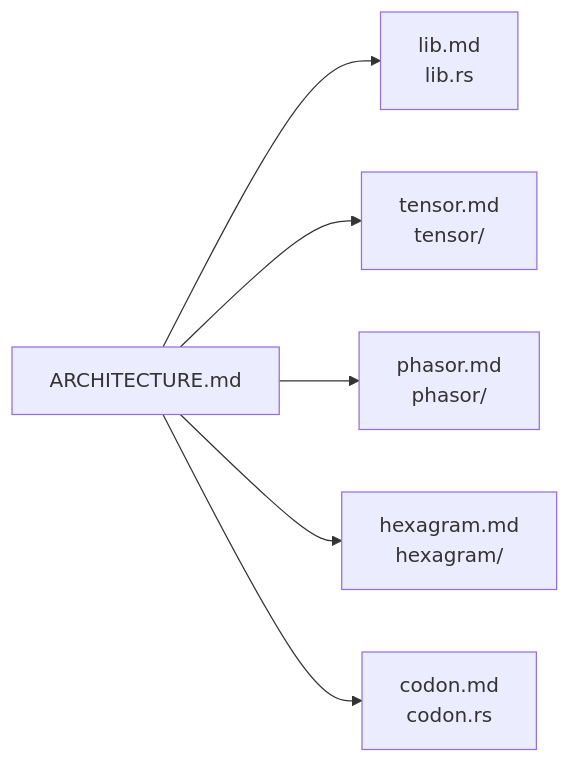
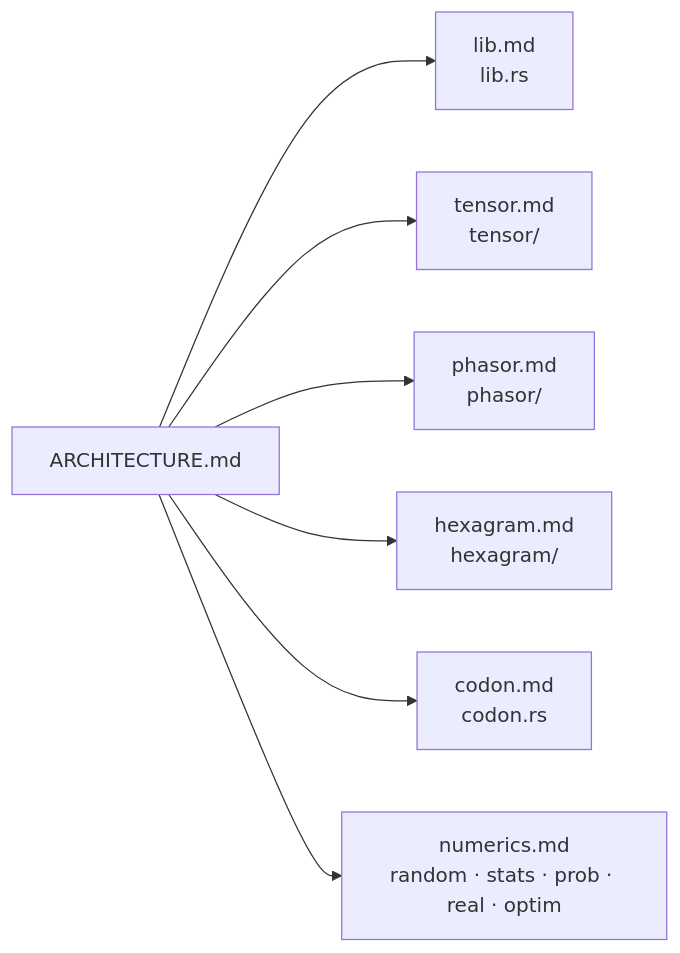
The second of 2 diagrams in crates/phistd/ARCHITECTURE.md (gemphi/phinet), drawn with Mermaid before and after one commit. The commit also changed other lines of this file and 111 other files, not shown here.

````diff
--- a/crates/phistd/ARCHITECTURE.md
+++ b/crates/phistd/ARCHITECTURE.md
@@ -47,8 +56,9 @@
 ```mermaid
 graph LR
     A["ARCHITECTURE.md"] --> L["lib.md<br/>lib.rs"]
     A --> T["tensor.md<br/>tensor/"]
     A --> P["phasor.md<br/>phasor/"]
     A --> H["hexagram.md<br/>hexagram/"]
     A --> C["codon.md<br/>codon.rs"]
+    A --> N["numerics.md<br/>random · stats · prob · real · optim"]
 ```
````
